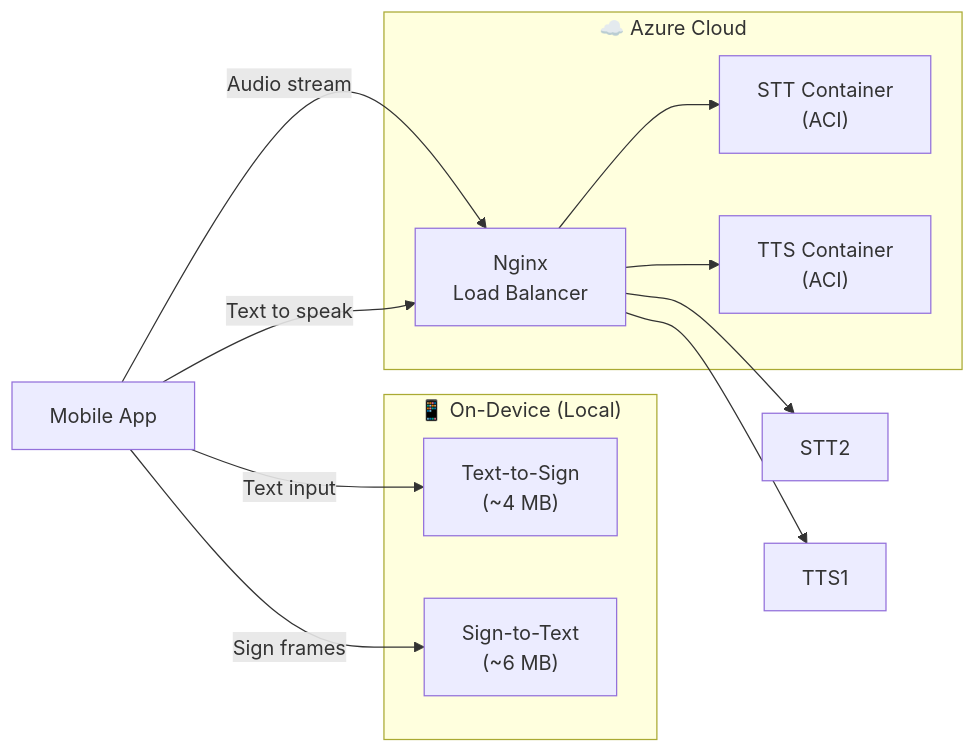
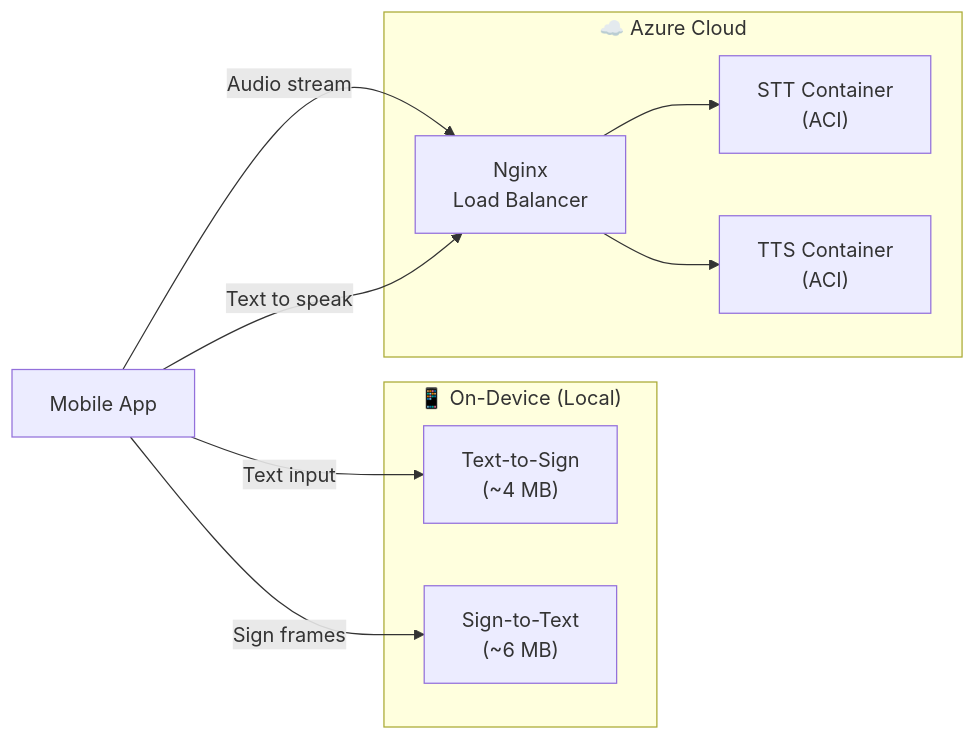
One commit to ahmad-bensalah/SignBridge changed the second of 2 diagrams in README.md. Above: the diagram before and after it, drawn with Mermaid.

Commit message:
README update

````diff
--- a/README.md
+++ b/README.md
@@ -111,22 +111,20 @@
 ```mermaid
 graph LR
     subgraph "📱 On-Device (Local)"
         TTSi["Text-to-Sign\n(~4 MB)"]
         SiTT["Sign-to-Text\n(~6 MB)"]
     end
 
     subgraph "☁️ Azure Cloud"
         Nginx["Nginx\nLoad Balancer"]
         STT1["STT Container\n(ACI)"]
         TTS2["TTS Container\n(ACI)"]
     end
 
     App["Mobile App"] -->|Sign frames| SiTT
     App -->|Text input| TTSi
     App -->|Audio stream| Nginx
     App -->|Text to speak| Nginx
     Nginx --> STT1
-    Nginx --> STT2
-    Nginx --> TTS1
     Nginx --> TTS2
 ```
````
